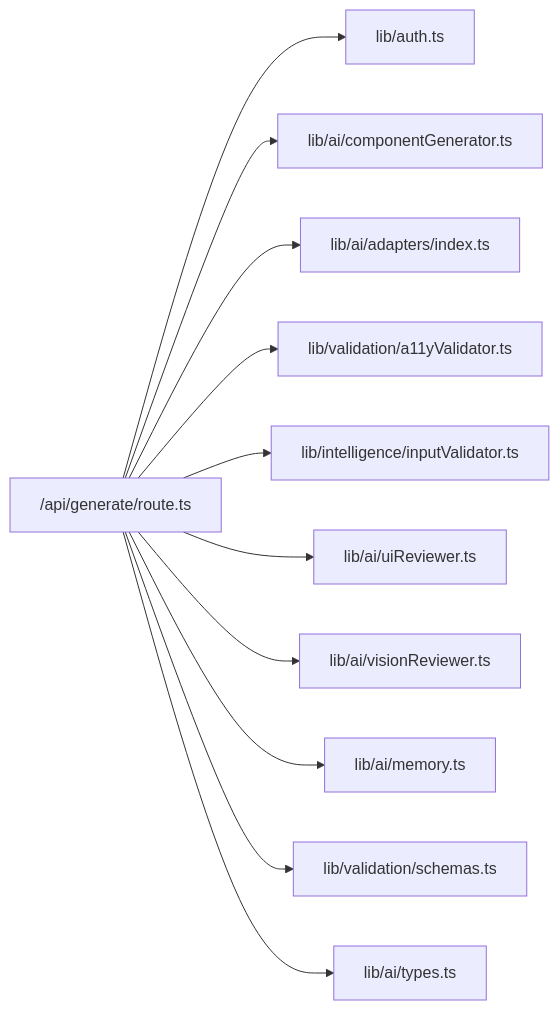
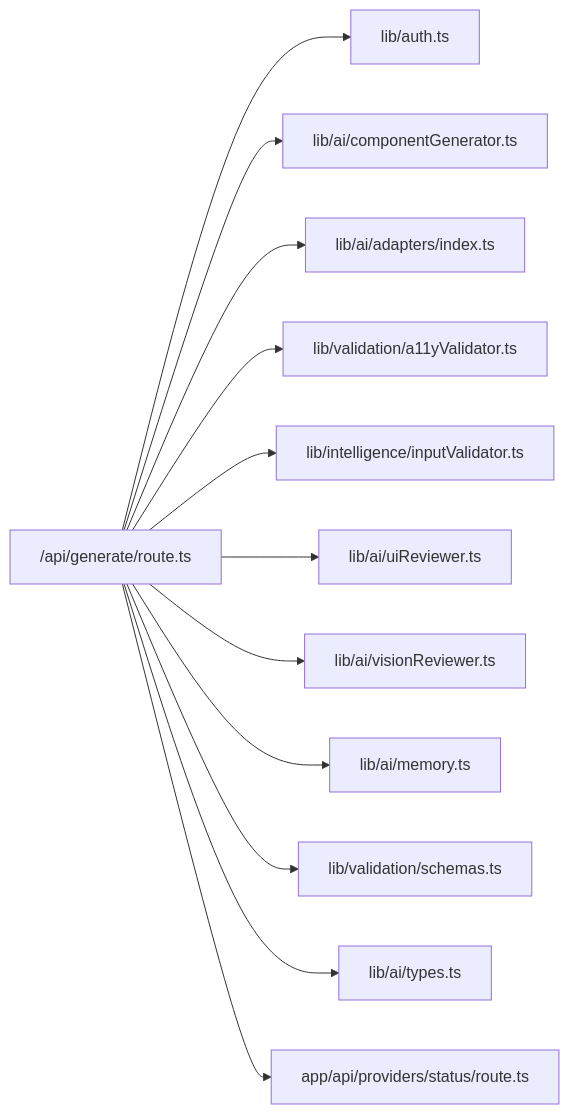
One commit to shekhargiri005-dotcom/AI-powered-accessibility-first-UI-engine changed the fourth of 4 diagrams in .qoder/repowiki/en/content/API Reference/Generation API.md. Above: the diagram before and after it, drawn with Mermaid. The commit also changed other lines of this file and 7 other files, not shown here.

````diff
--- a/.qoder/repowiki/en/content/API Reference/Generation API.md
+++ b/.qoder/repowiki/en/content/API Reference/Generation API.md
@@ -340,13 +383,14 @@
 ```mermaid
 graph LR
 Route["/api/generate/route.ts"] --> Auth["lib/auth.ts"]
 Route --> CG["lib/ai/componentGenerator.ts"]
 Route --> AD["lib/ai/adapters/index.ts"]
 Route --> AV["lib/validation/a11yValidator.ts"]
 Route --> IR["lib/intelligence/inputValidator.ts"]
 Route --> UR["lib/ai/uiReviewer.ts"]
 Route --> VR["lib/ai/visionReviewer.ts"]
 Route --> MEM["lib/ai/memory.ts"]
 Route --> SC["lib/validation/schemas.ts"]
 Route --> TY["lib/ai/types.ts"]
+Route --> PS["app/api/providers/status/route.ts"]
 ```
````
